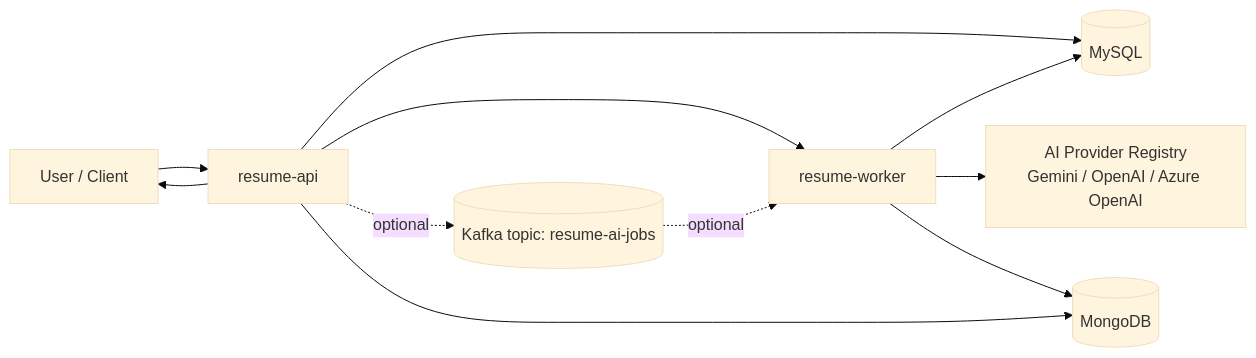
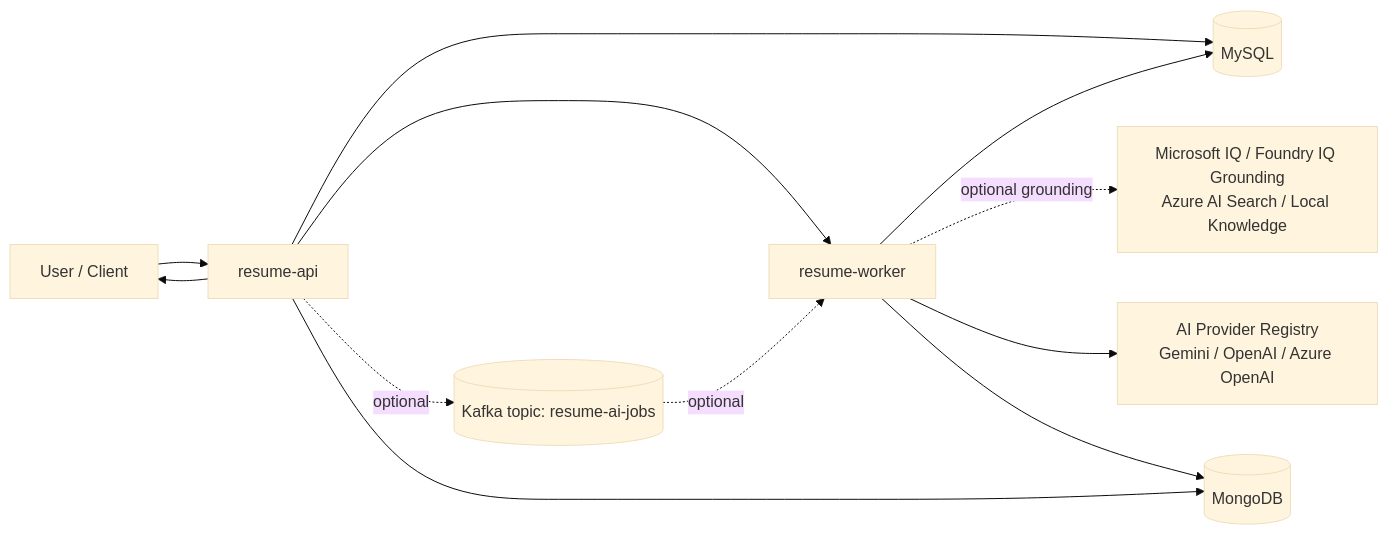
One commit to helenapedro/resume-feedback-platform changed the first of 3 diagrams in docs/project-documentation/architecture.md. Above: the diagram before and after it, drawn with Mermaid (base theme). The commit also changed other lines of this file and 22 other files, not shown here.

Commit message:
feat: add Foundry IQ grounding integration

````diff
--- a/docs/project-documentation/architecture.md
+++ b/docs/project-documentation/architecture.md
@@ -30,13 +30,14 @@
 ```mermaid
 flowchart LR
   U[User / Client] --> API[resume-api]
   API --> MYSQL[(MySQL)]
   API --> WORKER[resume-worker]
   API -. optional .-> KAFKA[(Kafka topic: resume-ai-jobs)]
   KAFKA -. optional .-> WORKER
+  WORKER -. optional grounding .-> FOUNDRYIQ[Microsoft IQ / Foundry IQ Grounding<br/>Azure AI Search / Local Knowledge]
   WORKER --> PROVIDER[AI Provider Registry<br/>Gemini / OpenAI / Azure OpenAI]
   WORKER --> MONGO[(MongoDB)]
   WORKER --> MYSQL
   API --> MONGO
   API --> U
 ```
````
